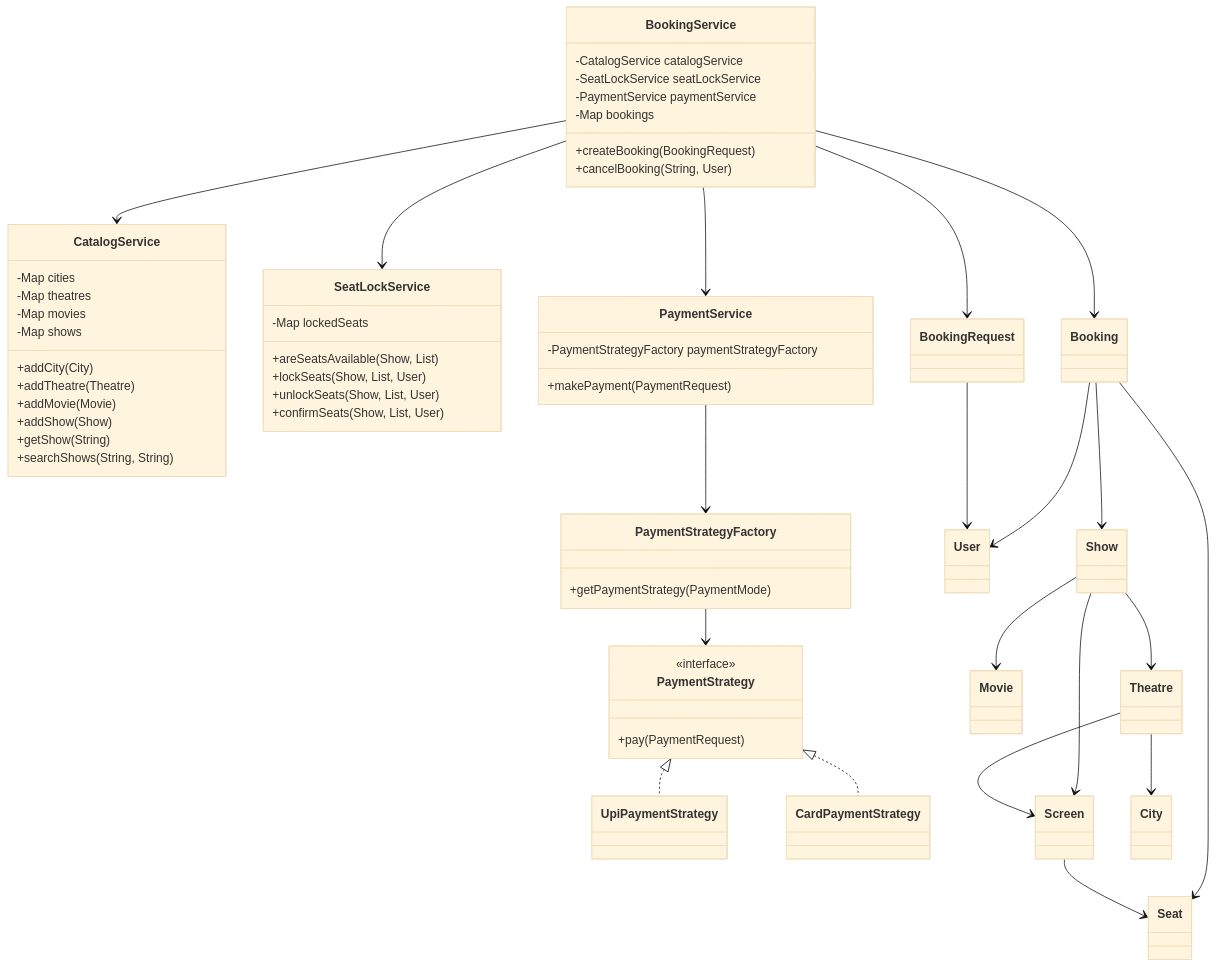
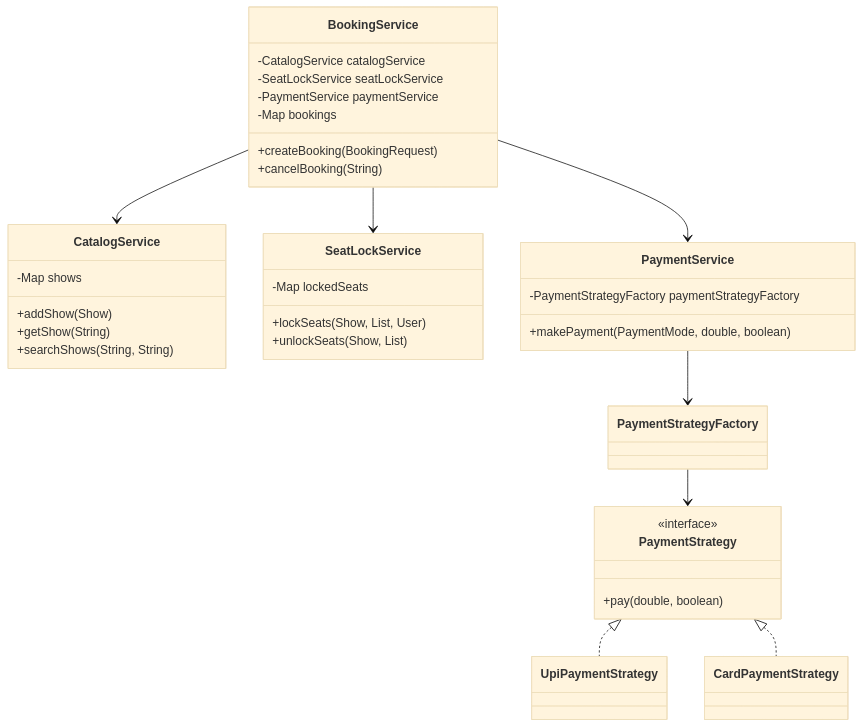
Before and after one commit to krrishrastogi05/CoreSubs: the diagram in bookmyshow-lld/README.md, drawn with Mermaid (base theme). The commit also changed other lines of this file and 9 other files, not shown here.

````diff
--- a/bookmyshow-lld/README.md
+++ b/bookmyshow-lld/README.md
@@ -134,78 +94,46 @@
 ```mermaid
 classDiagram
     class BookingService {
         -CatalogService catalogService
         -SeatLockService seatLockService
         -PaymentService paymentService
         -Map bookings
         +createBooking(BookingRequest)
-        +cancelBooking(String, User)
+        +cancelBooking(String)
     }
 
     class CatalogService {
-        -Map cities
-        -Map theatres
-        -Map movies
         -Map shows
-        +addCity(City)
-        +addTheatre(Theatre)
-        +addMovie(Movie)
         +addShow(Show)
         +getShow(String)
         +searchShows(String, String)
     }
 
     class SeatLockService {
         -Map lockedSeats
-        +areSeatsAvailable(Show, List)
         +lockSeats(Show, List, User)
-        +unlockSeats(Show, List, User)
-        +confirmSeats(Show, List, User)
+        +unlockSeats(Show, List)
     }
 
     class PaymentService {
         -PaymentStrategyFactory paymentStrategyFactory
-        +makePayment(PaymentRequest)
+        +makePayment(PaymentMode, double, boolean)
     }
 
     class PaymentStrategy {
         <<interface>>
-        +pay(PaymentRequest)
+        +pay(double, boolean)
     }
 
     class UpiPaymentStrategy
     class CardPaymentStrategy
-    class PaymentStrategyFactory {
-        +getPaymentStrategy(PaymentMode)
-    }
-
-    class Booking
-    class BookingRequest
-    class User
-    class Show
-    class Seat
-    class Movie
-    class Theatre
-    class Screen
-    class City
+    class PaymentStrategyFactory
 
     BookingService --> CatalogService
     BookingService --> SeatLockService
     BookingService --> PaymentService
-    BookingService --> Booking
-    BookingService --> BookingRequest
     PaymentService --> PaymentStrategyFactory
     PaymentStrategyFactory --> PaymentStrategy
     PaymentStrategy <|.. UpiPaymentStrategy
     PaymentStrategy <|.. CardPaymentStrategy
-    Booking --> User
-    Booking --> Show
-    Booking --> Seat
-    BookingRequest --> User
-    Show --> Movie
-    Show --> Theatre
-    Show --> Screen
-    Theatre --> City
-    Theatre --> Screen
-    Screen --> Seat
 ```
````
